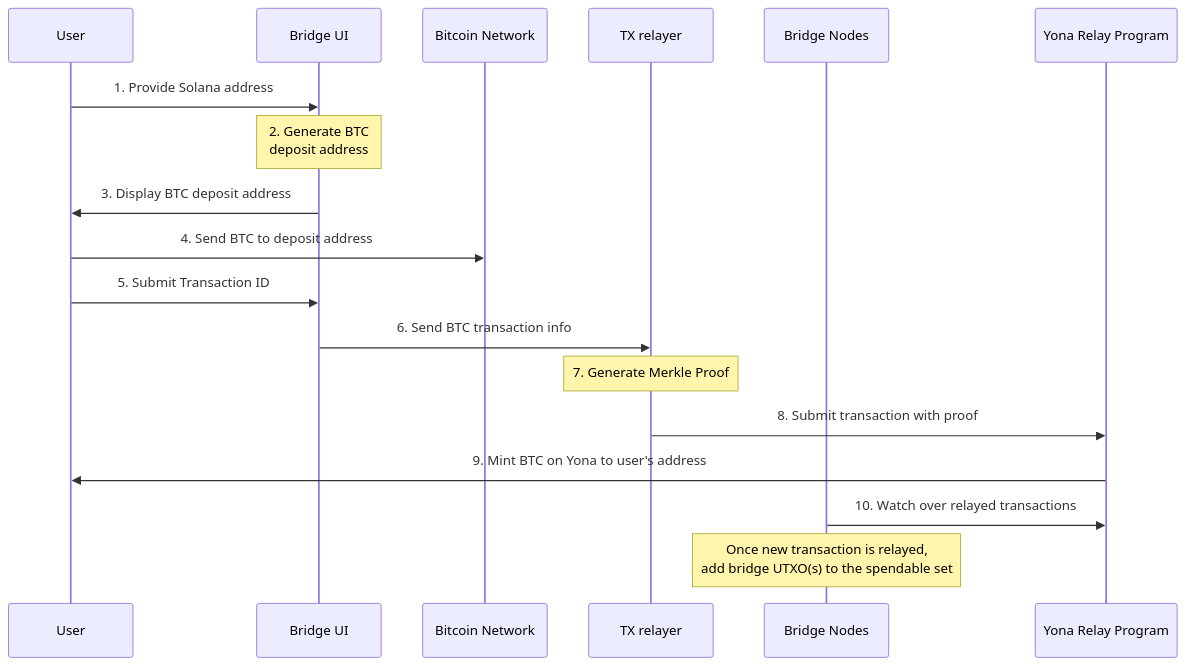
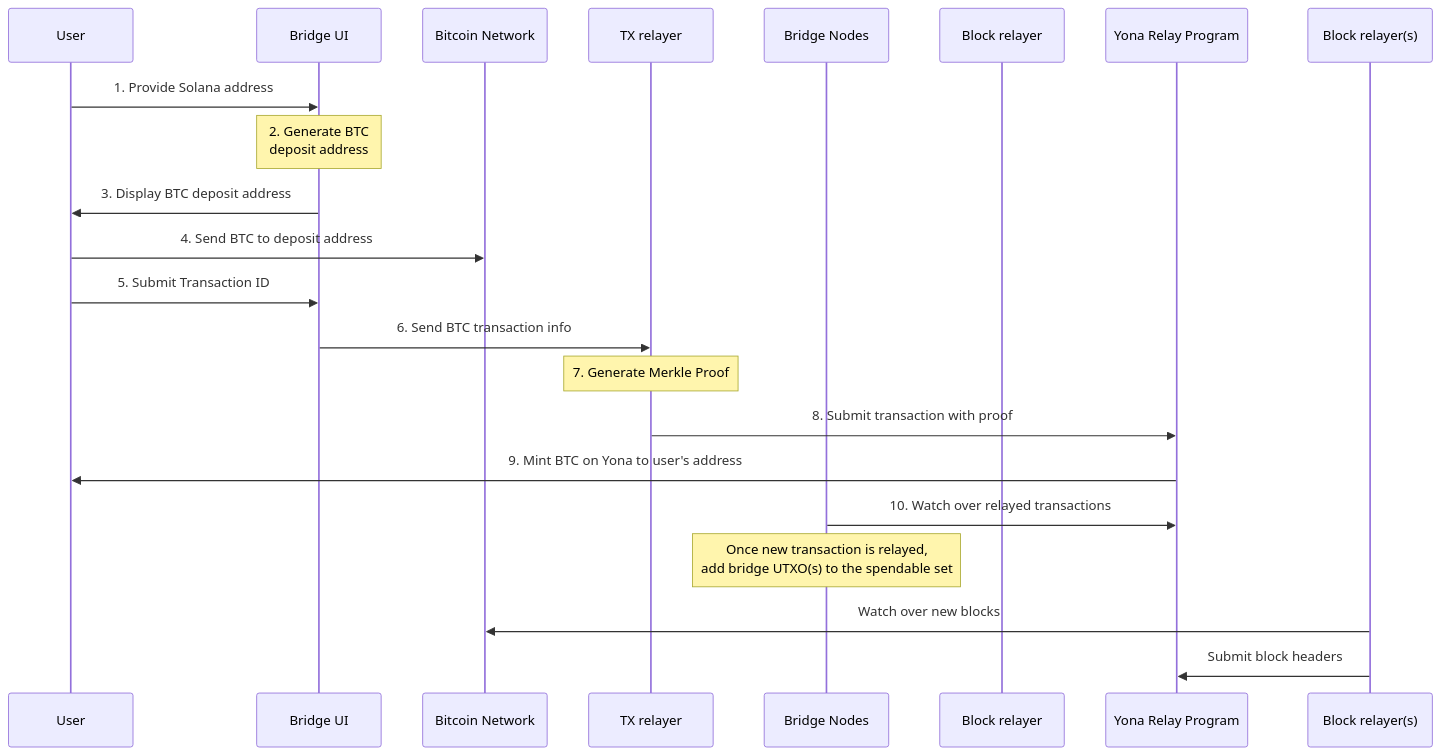
Before and after one commit to Yona-Labs/bitcoin-svm-bridge: the diagram in docs/diagrams/bridge_deposit.md, drawn with Mermaid. The commit also changed 1 other file, not shown here.

Commit message:
Update bridge deposit sequence diagram.

````diff
--- a/docs/diagrams/bridge_deposit.md
+++ b/docs/diagrams/bridge_deposit.md
@@ -1,20 +1,23 @@
 ```mermaid
 sequenceDiagram
     participant User
     participant Bridge UI
     participant Bitcoin Network
     participant TX relayer
     participant Bridge Nodes
+    participant Block relayer
     participant Yona Relay Program
     User ->> Bridge UI: 1. Provide Solana address
     Note over Bridge UI: 2. Generate BTC<br/>deposit address
     Bridge UI ->> User: 3. Display BTC deposit address
     User ->> Bitcoin Network: 4. Send BTC to deposit address
     User ->> Bridge UI: 5. Submit Transaction ID
     Bridge UI ->> TX relayer: 6. Send BTC transaction info
     Note over TX relayer: 7. Generate Merkle Proof
     TX relayer ->> Yona Relay Program: 8. Submit transaction with proof
     Yona Relay Program ->> User: 9. Mint BTC on Yona to user's address
     Bridge Nodes ->> Yona Relay Program: 10. Watch over relayed transactions
     Note over Bridge Nodes: Once new transaction is relayed,<br> add bridge UTXO(s) to the spendable set
+    Block relayer(s) ->> Bitcoin Network: Watch over new blocks
+    Block relayer(s) ->> Yona Relay Program: Submit block headers
 ```
````
